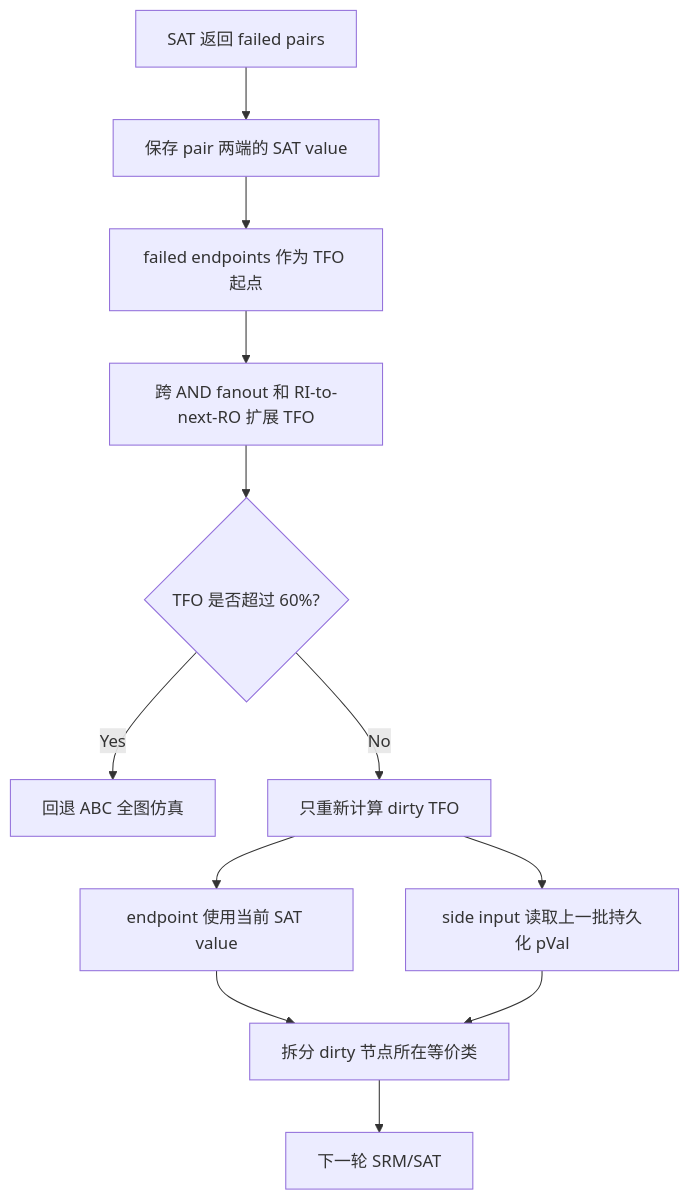
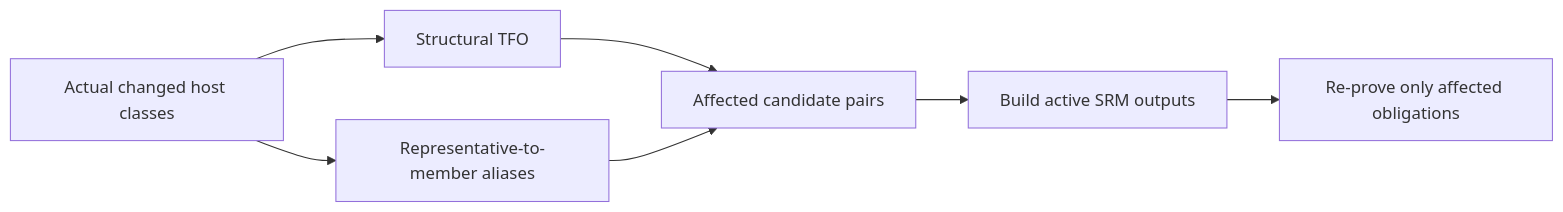
The second of 5 diagrams in md/scorr_simulation_flow_comparison.md (zxxr1113/abc), drawn with Mermaid before and after one commit. The commit also changed other lines of this file and 3 other files, not shown here.

````diff
--- a/md/scorr_simulation_flow_comparison.md
+++ b/md/scorr_simulation_flow_comparison.md
@@ -60,14 +148,9 @@
 ```mermaid
-flowchart TD
-    A["SAT 返回 failed pairs"] --> B["保存 pair 两端的 SAT value"]
-    B --> C["failed endpoints 作为 TFO 起点"]
-    C --> D["跨 AND fanout 和 RI-to-next-RO 扩展 TFO"]
-    D --> E{"TFO 是否超过 60%?"}
-    E -- Yes --> F["回退 ABC 全图仿真"]
-    E -- No --> G["只重新计算 dirty TFO"]
-    G --> H["endpoint 使用当前 SAT value"]
-    G --> I["side input 读取上一批持久化 pVal"]
-    H --> J["拆分 dirty 节点所在等价类"]
-    I --> J
-    J --> K["下一轮 SRM/SAT"]
+flowchart LR
+    A["Actual changed host classes"] --> B["Structural TFO"]
+    A --> C["Representative-to-member aliases"]
+    B --> D["Affected candidate pairs"]
+    C --> D
+    D --> E["Build active SRM outputs"]
+    E --> F["Re-prove only affected obligations"]
 ```
````
